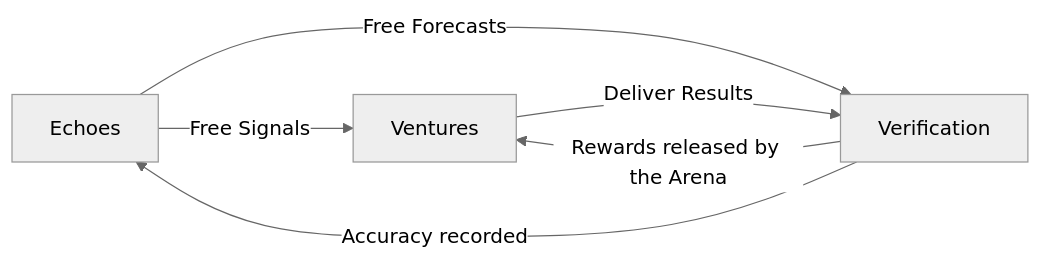
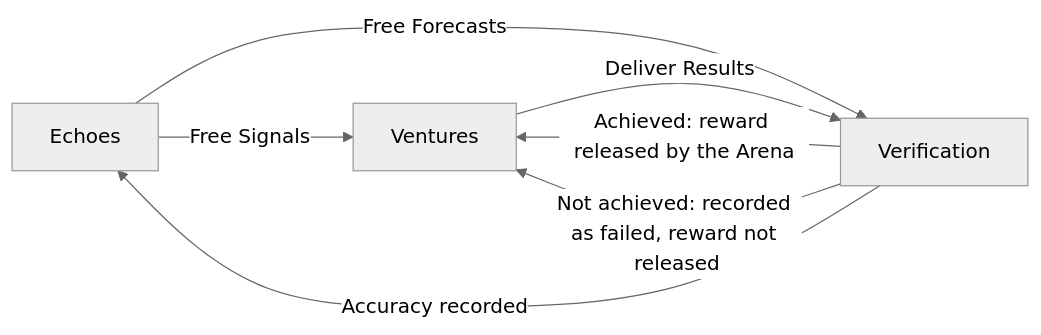
One commit to studio3-labs/studio3-docs changed the diagram in docs/overview-guide/ecosystem-overview.md. Above: the diagram before and after it, drawn with Mermaid (neutral theme). The commit also changed 3 other files, not shown here.

Commit message:
no-mistakes(review): Stop diagrams paying Echoes; restate settlement rule

````diff
--- a/docs/overview-guide/ecosystem-overview.md
+++ b/docs/overview-guide/ecosystem-overview.md
@@ -25,8 +25,9 @@
 ```mermaid
 graph LR
     A[Echoes] -->|Free Signals| B[Ventures]
     A -->|Free Forecasts| C[Verification]
     B -->|Deliver Results| C
-    C -->|Rewards released by the Arena| B
+    C -->|Achieved: reward released by the Arena| B
+    C -->|Not achieved: recorded as failed, reward not released| B
     C -->|Accuracy recorded| A
 ```
````
